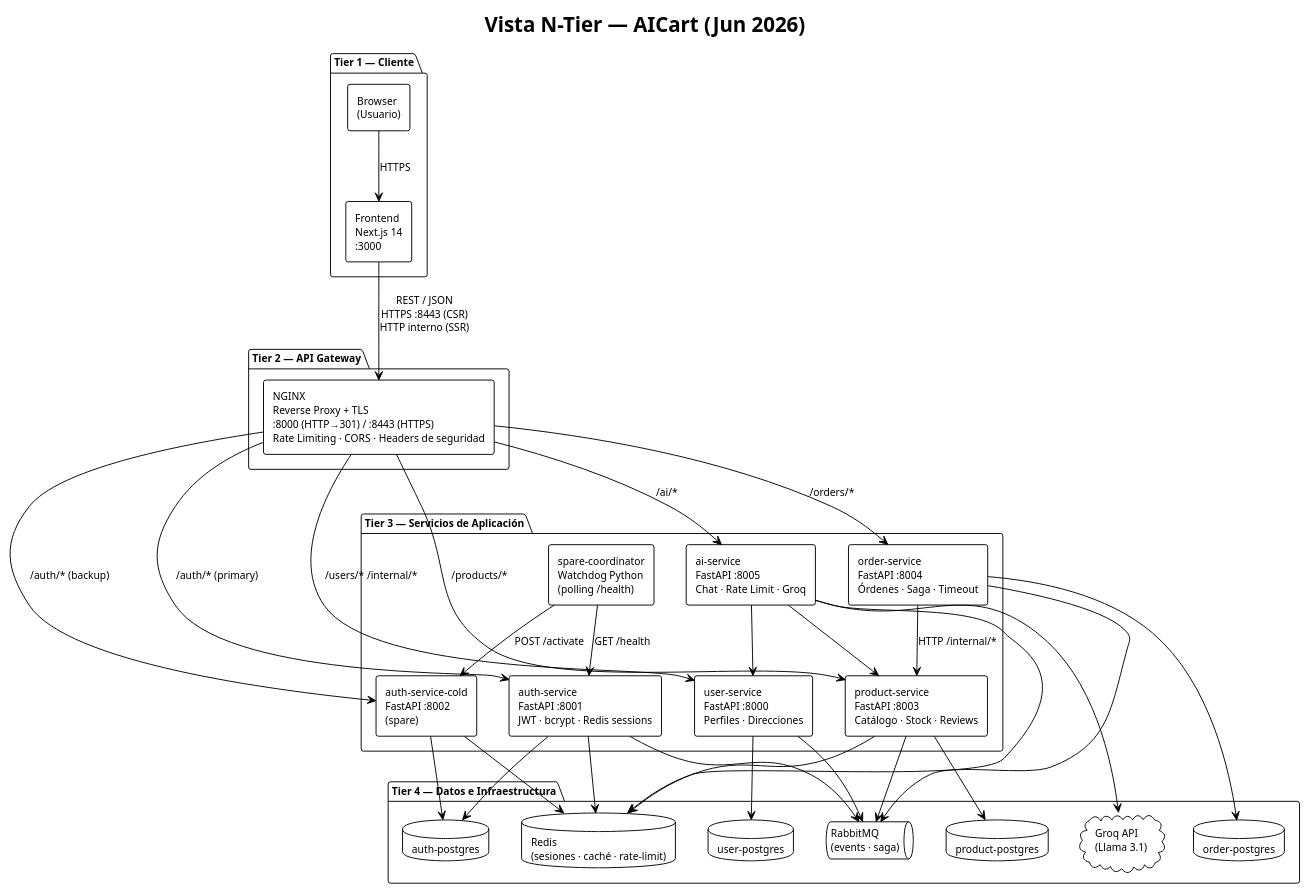
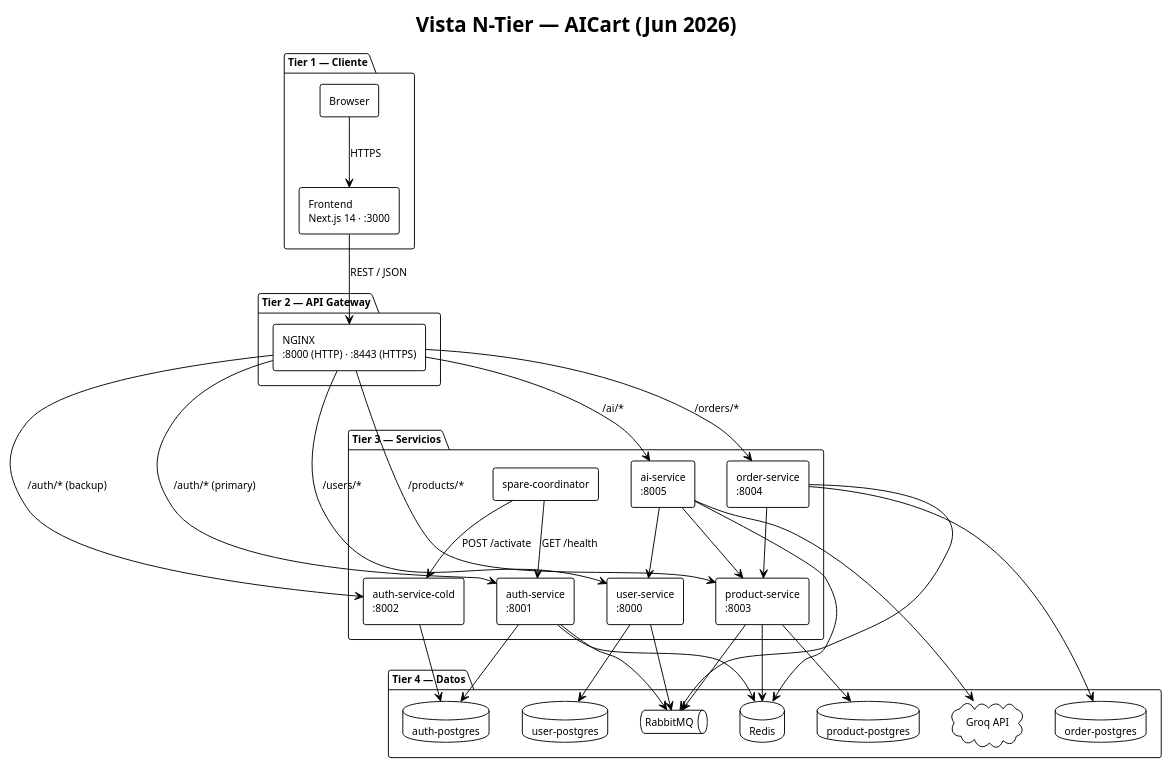
Before and after one commit to jpastor1649/ecommerce-project: the diagram in docs/architecture/NTier_Current.puml, drawn with PlantUML. The commit also changed 3 other files, not shown here.

```diff
--- a/docs/architecture/NTier_Current.puml
+++ b/docs/architecture/NTier_Current.puml
@@ -1,79 +1,69 @@
 @startuml
 !theme plain
 skinparam componentStyle rectangle
 skinparam shadowing false
 skinparam defaultFontSize 11
 top to bottom direction
 
 title Vista N-Tier — AICart (Jun 2026)
 
 package "Tier 1 — Cliente" {
-  component "Browser\n(Usuario)" as Browser
-  component "Frontend\nNext.js 14\n:3000" as Frontend
+  component "Browser" as Browser
+  component "Frontend\nNext.js 14 · :3000" as Frontend
 }
 
 package "Tier 2 — API Gateway" {
-  component "NGINX\nReverse Proxy + TLS\n:8000 (HTTP→301) / :8443 (HTTPS)\nRate Limiting · CORS · Headers de seguridad" as Gateway
+  component "NGINX\n:8000 (HTTP) · :8443 (HTTPS)" as Gateway
 }
 
-package "Tier 3 — Servicios de Aplicación" {
-  component "auth-service\nFastAPI :8001\nJWT · bcrypt · Redis sessions" as Auth
-  component "auth-service-cold\nFastAPI :8002\n(spare)" as AuthCold
-  component "user-service\nFastAPI :8000\nPerfiles · Direcciones" as UserSvc
-  component "product-service\nFastAPI :8003\nCatálogo · Stock · Reviews" as ProductSvc
-  component "order-service\nFastAPI :8004\nÓrdenes · Saga · Timeout" as OrderSvc
-  component "ai-service\nFastAPI :8005\nChat · Rate Limit · Groq" as AISvc
-  component "spare-coordinator\nWatchdog Python\n(polling /health)" as Coord
+package "Tier 3 — Servicios" {
+  component "auth-service\n:8001" as Auth
+  component "auth-service-cold\n:8002" as AuthCold
+  component "spare-coordinator" as Coord
+  component "user-service\n:8000" as UserSvc
+  component "product-service\n:8003" as ProductSvc
+  component "order-service\n:8004" as OrderSvc
+  component "ai-service\n:8005" as AISvc
 }
 
-package "Tier 4 — Datos e Infraestructura" {
+package "Tier 4 — Datos" {
   database "auth-postgres" as AuthDB
   database "user-postgres" as UserDB
   database "product-postgres" as ProductDB
   database "order-postgres" as OrderDB
-  database "Redis\n(sesiones · caché · rate-limit)" as Redis
-  queue "RabbitMQ\n(events · saga)" as MQ
-  cloud "Groq API\n(Llama 3.1)" as Groq
+  database "Redis" as Redis
+  queue "RabbitMQ" as MQ
+  cloud "Groq API" as Groq
 }
 
-' Tier 1 → Tier 2
-Browser --> Frontend : HTTPS
-Frontend --> Gateway : REST / JSON\nHTTPS :8443 (CSR)\nHTTP interno (SSR)
+Browser  --> Frontend  : HTTPS
+Frontend --> Gateway   : REST / JSON
 
-' Tier 2 → Tier 3
-Gateway --> Auth      : /auth/* (primary)
-Gateway --> AuthCold  : /auth/* (backup)
-Gateway --> UserSvc   : /users/* /internal/*
-Gateway --> ProductSvc: /products/*
-Gateway --> OrderSvc  : /orders/*
-Gateway --> AISvc     : /ai/*
+Gateway --> Auth       : /auth/* (primary)
+Gateway --> AuthCold   : /auth/* (backup)
+Gateway --> UserSvc    : /users/*
+Gateway --> ProductSvc : /products/*
+Gateway --> OrderSvc   : /orders/*
+Gateway --> AISvc      : /ai/*
 
-' Watchdog
 Coord --> Auth     : GET /health
 Coord --> AuthCold : POST /activate
 
-' Tier 3 → Tier 4
-Auth --> AuthDB
-Auth --> Redis
-Auth --> MQ
-
-AuthCold --> AuthDB
-AuthCold --> Redis
-
-UserSvc --> UserDB
-UserSvc --> MQ
-
-ProductSvc --> ProductDB
-ProductSvc --> Redis
-ProductSvc --> MQ
-
-OrderSvc --> OrderDB
-OrderSvc --> MQ
-OrderSvc --> ProductSvc : HTTP /internal/*
-
-AISvc --> Redis
-AISvc --> UserSvc
-AISvc --> ProductSvc
-AISvc --> Groq
+Auth        --> AuthDB
+Auth        --> Redis
+Auth        --> MQ
+AuthCold    --> AuthDB
+UserSvc     --> UserDB
+UserSvc     --> MQ
+ProductSvc  --> ProductDB
+ProductSvc  --> Redis
+ProductSvc  --> MQ
+OrderSvc    --> OrderDB
+OrderSvc    --> MQ
+OrderSvc    --> ProductSvc
+AISvc       --> Redis
+AISvc       --> UserSvc
+AISvc       --> ProductSvc
+AISvc       --> Groq
 
 @enduml
```
